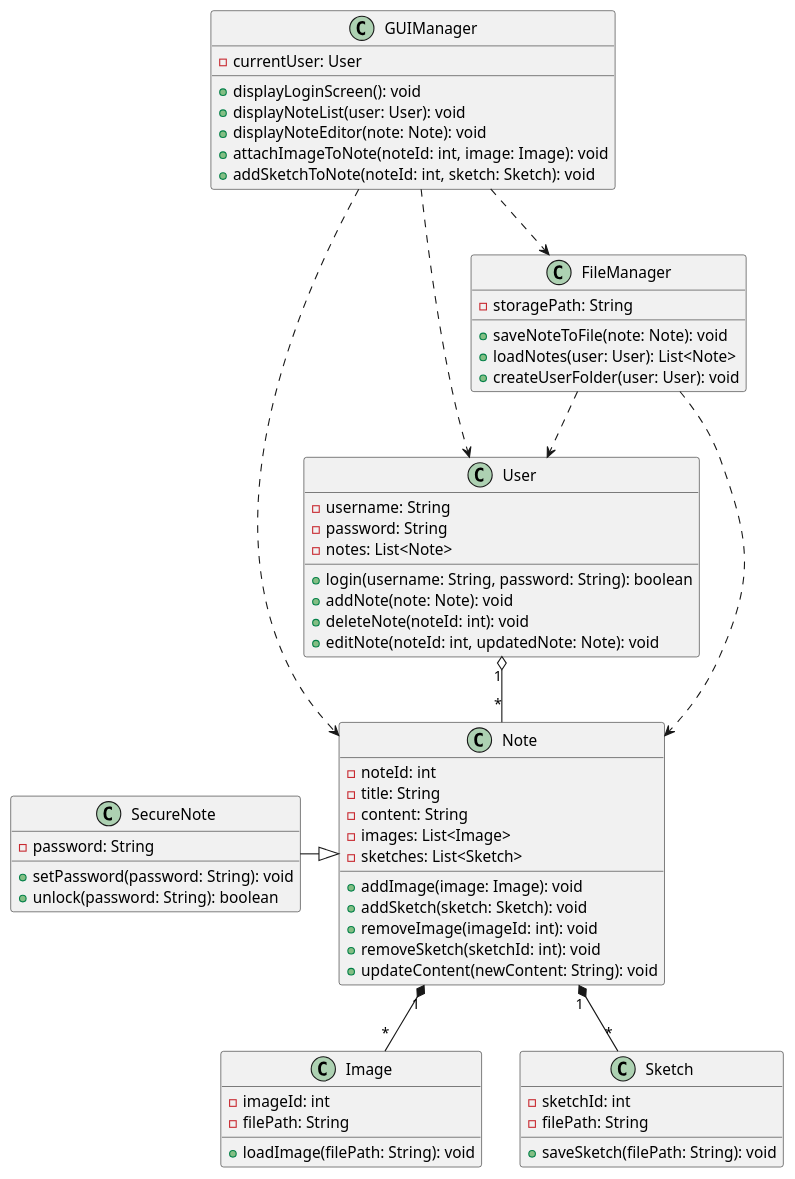
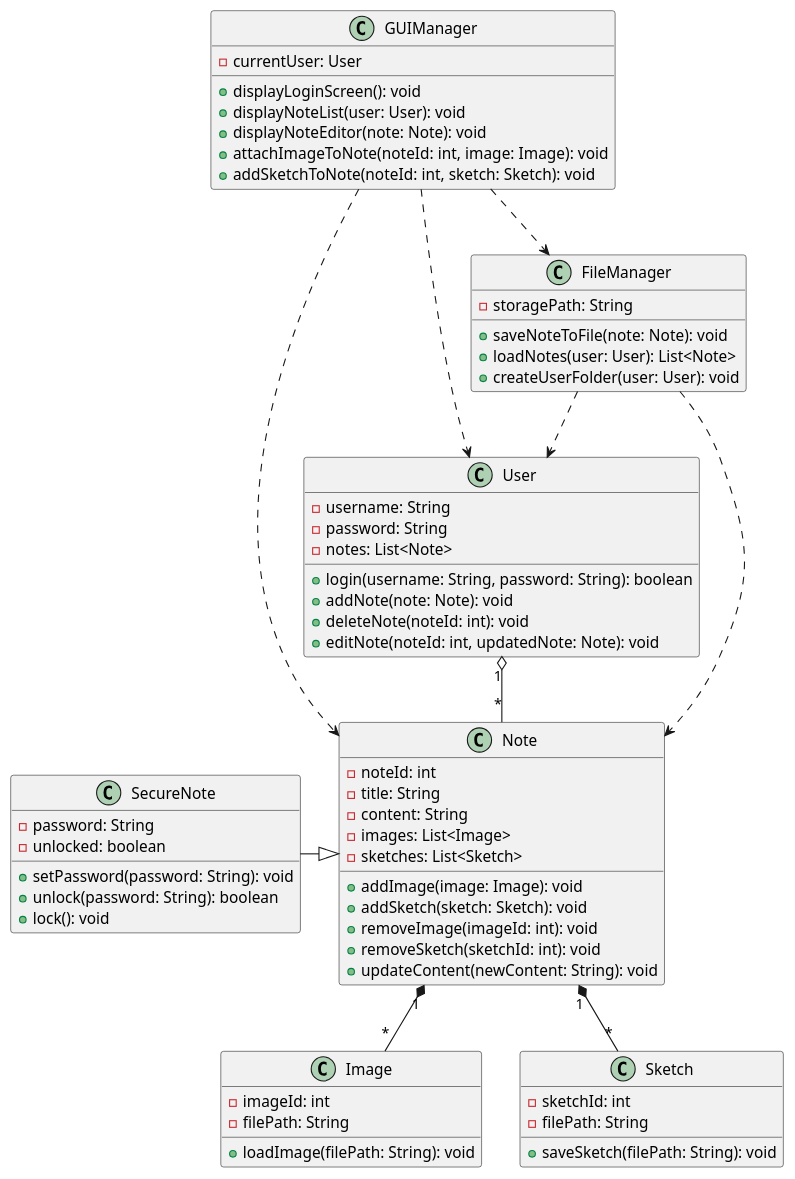
One commit to iislamgom3a/note-app changed the diagram in UML/UML.puml. Above: the diagram before and after it, drawn with PlantUML. The commit also changed 1 other file, not shown here.

Commit message:
UML update2

```diff
--- a/UML/UML.puml
+++ b/UML/UML.puml
@@ -3,70 +3,72 @@
 @startuml
 
 class User {
     - username: String
     - password: String
     - notes: List<Note>
     + login(username: String, password: String): boolean
     + addNote(note: Note): void
     + deleteNote(noteId: int): void
     + editNote(noteId: int, updatedNote: Note): void
 }
 
 class Note {
     - noteId: int
     - title: String
     - content: String
     - images: List<Image>
     - sketches: List<Sketch>
     + addImage(image: Image): void
     + addSketch(sketch: Sketch): void
     + removeImage(imageId: int): void
     + removeSketch(sketchId: int): void
     + updateContent(newContent: String): void
 }
 
 class SecureNote {
     - password: String
+    - unlocked: boolean
     + setPassword(password: String): void
     + unlock(password: String): boolean
+    + lock(): void
 }
 
 class Image {
     - imageId: int
     - filePath: String
     + loadImage(filePath: String): void
 }
 
 class Sketch {
     - sketchId: int
     - filePath: String
     + saveSketch(filePath: String): void
 }
 
 class FileManager {
     - storagePath: String
     + saveNoteToFile(note: Note): void
     + loadNotes(user: User): List<Note>
     + createUserFolder(user: User): void
 }
 
 class GUIManager {
     - currentUser: User
     + displayLoginScreen(): void
     + displayNoteList(user: User): void
     + displayNoteEditor(note: Note): void
     + attachImageToNote(noteId: int, image: Image): void
     + addSketchToNote(noteId: int, sketch: Sketch): void
 }
 
 User "1" o-- "*" Note
 Note "1" *-- "*" Image
 Note "1" *-- "*" Sketch
 SecureNote -|> Note
 FileManager ..> User
 FileManager ..> Note
 GUIManager ..> User
 GUIManager ..> Note
 GUIManager ..> FileManager
 
 @enduml
```
